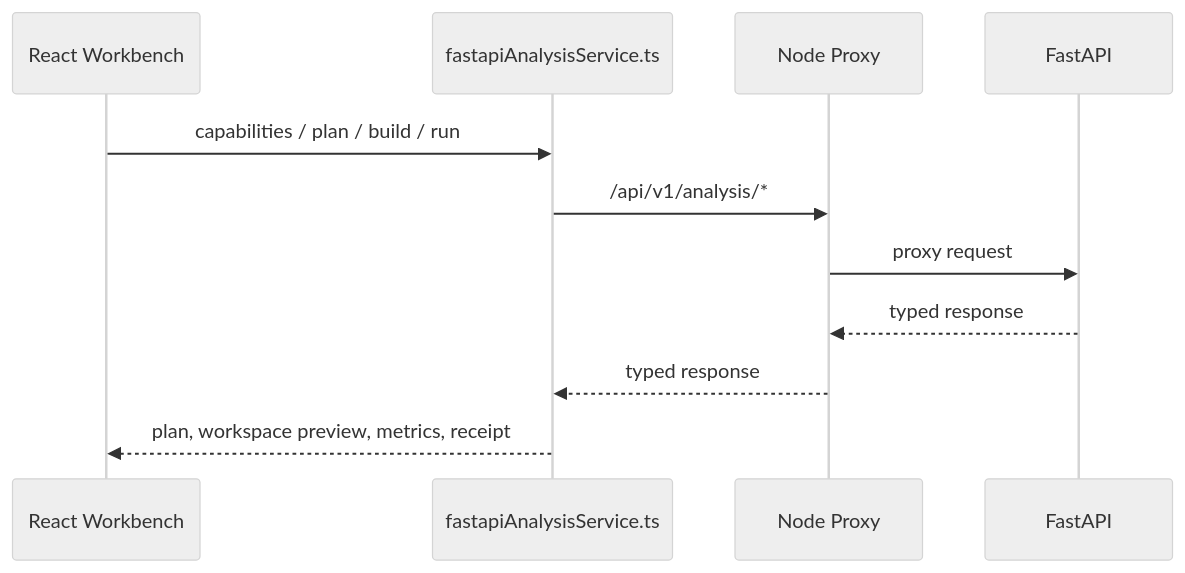
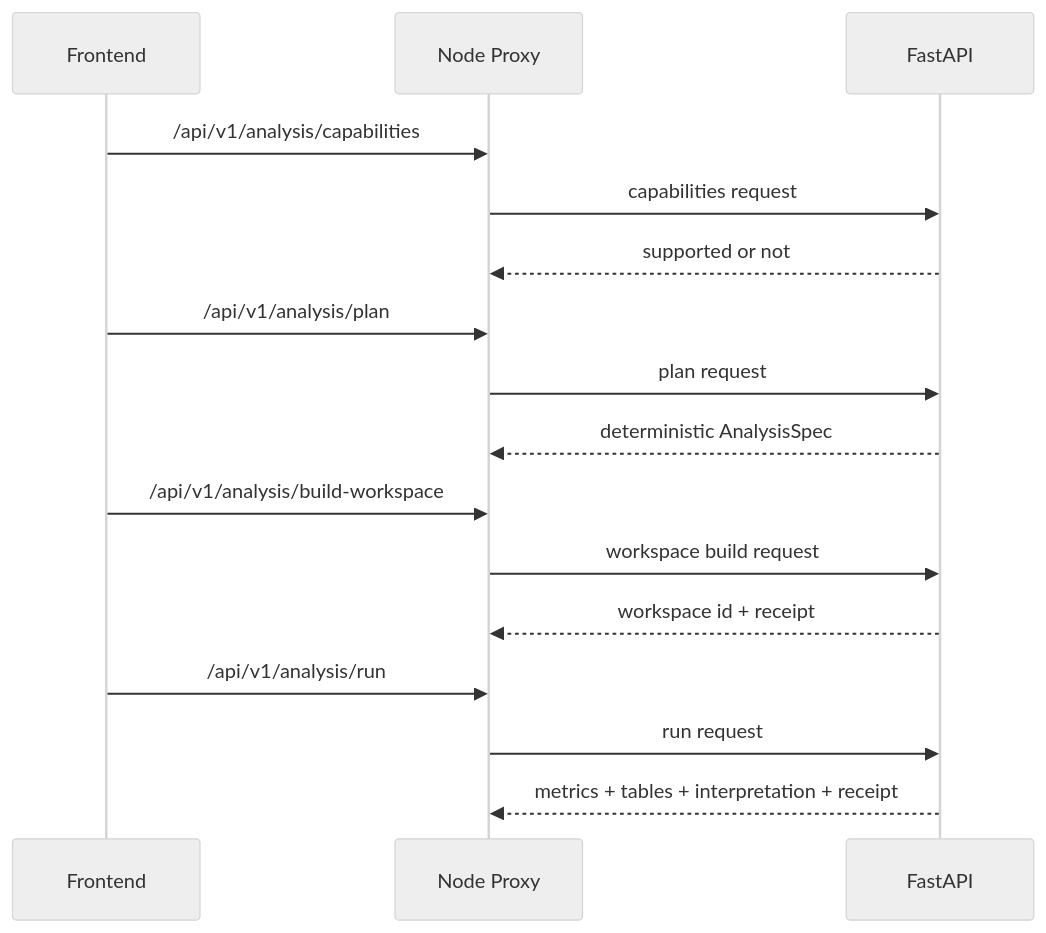
The third of 6 diagrams in README.md (mnikor/Study-Data-analysis), drawn with Mermaid (neutral theme) before and after one commit. The commit also changed other lines of this file and 35 other files, not shown here.

Commit message:
Improve analysis workflows architecture and docs

````diff
--- a/README.md
+++ b/README.md
@@ -216,14 +153,22 @@
 ```mermaid
 sequenceDiagram
-    participant FE as React Workbench
-    participant CLIENT as fastapiAnalysisService.ts
+    participant FE as Frontend
     participant NODE as Node Proxy
-    participant PY as FastAPI
+    participant API as FastAPI
 
-    FE->>CLIENT: capabilities / plan / build / run
-    CLIENT->>NODE: /api/v1/analysis/*
-    NODE->>PY: proxy request
-    PY-->>NODE: typed response
-    NODE-->>CLIENT: typed response
-    CLIENT-->>FE: plan, workspace preview, metrics, receipt
+    FE->>NODE: /api/v1/analysis/capabilities
+    NODE->>API: capabilities request
+    API-->>NODE: supported or not
+
+    FE->>NODE: /api/v1/analysis/plan
+    NODE->>API: plan request
+    API-->>NODE: deterministic AnalysisSpec
+
+    FE->>NODE: /api/v1/analysis/build-workspace
+    NODE->>API: workspace build request
+    API-->>NODE: workspace id + receipt
+
+    FE->>NODE: /api/v1/analysis/run
+    NODE->>API: run request
+    API-->>NODE: metrics + tables + interpretation + receipt
 ```
````
